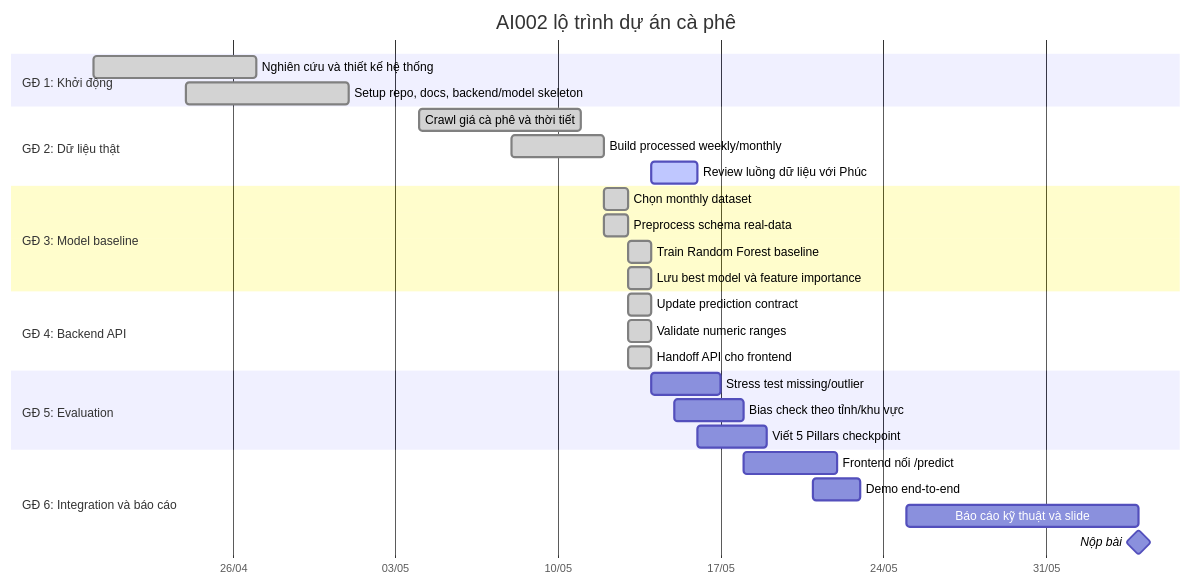
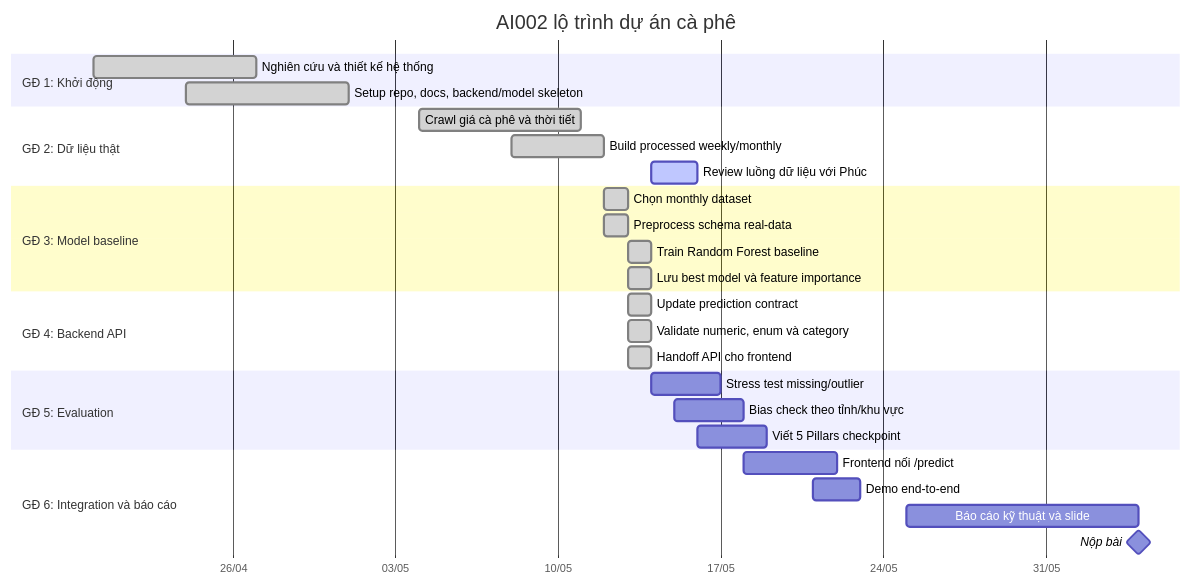
The third of 8 diagrams in docs/project-roadmap.md (uit-25730067-chithanh/AI002-Team22-DT10), drawn with Mermaid before and after one commit. The commit also changed other lines of this file and 4 other files, not shown here.

First line of the commit message:
docs: align PR11 roadmap with current main

````diff
--- a/docs/project-roadmap.md
+++ b/docs/project-roadmap.md
@@ -60,38 +60,38 @@
 ```mermaid
 gantt
     title AI002 lộ trình dự án cà phê
     dateFormat  YYYY-MM-DD
     tickInterval 1w
     axisFormat  %d/%m
 
     section GĐ 1: Khởi động
     Nghiên cứu và thiết kế hệ thống          :done, a1, 2026-04-20, 7d
     Setup repo, docs, backend/model skeleton :done, a2, 2026-04-24, 7d
 
     section GĐ 2: Dữ liệu thật
     Crawl giá cà phê và thời tiết            :done, b1, 2026-05-04, 7d
     Build processed weekly/monthly           :done, b2, 2026-05-08, 4d
     Review luồng dữ liệu với Phúc            :active, b3, 2026-05-14, 2d
 
     section GĐ 3: Model baseline
     Chọn monthly dataset                     :done, c1, 2026-05-12, 1d
     Preprocess schema real-data              :done, c2, 2026-05-12, 1d
     Train Random Forest baseline             :done, c3, 2026-05-13, 1d
     Lưu best model và feature importance     :done, c4, 2026-05-13, 1d
 
     section GĐ 4: Backend API
     Update prediction contract               :done, d1, 2026-05-13, 1d
-    Validate numeric ranges                  :done, d2, 2026-05-13, 1d
+    Validate numeric, enum và category       :done, d2, 2026-05-13, 1d
     Handoff API cho frontend                 :done, d3, 2026-05-13, 1d
 
     section GĐ 5: Evaluation
     Stress test missing/outlier              :e1, 2026-05-14, 3d
     Bias check theo tỉnh/khu vực             :e2, 2026-05-15, 3d
     Viết 5 Pillars checkpoint                :e3, 2026-05-16, 3d
 
     section GĐ 6: Integration và báo cáo
     Frontend nối /predict                    :f1, 2026-05-18, 4d
     Demo end-to-end                          :f2, 2026-05-21, 2d
     Báo cáo kỹ thuật và slide                :f3, 2026-05-25, 10d
     Nộp bài                                  :milestone, f4, 2026-06-04, 0d
 ```
````
